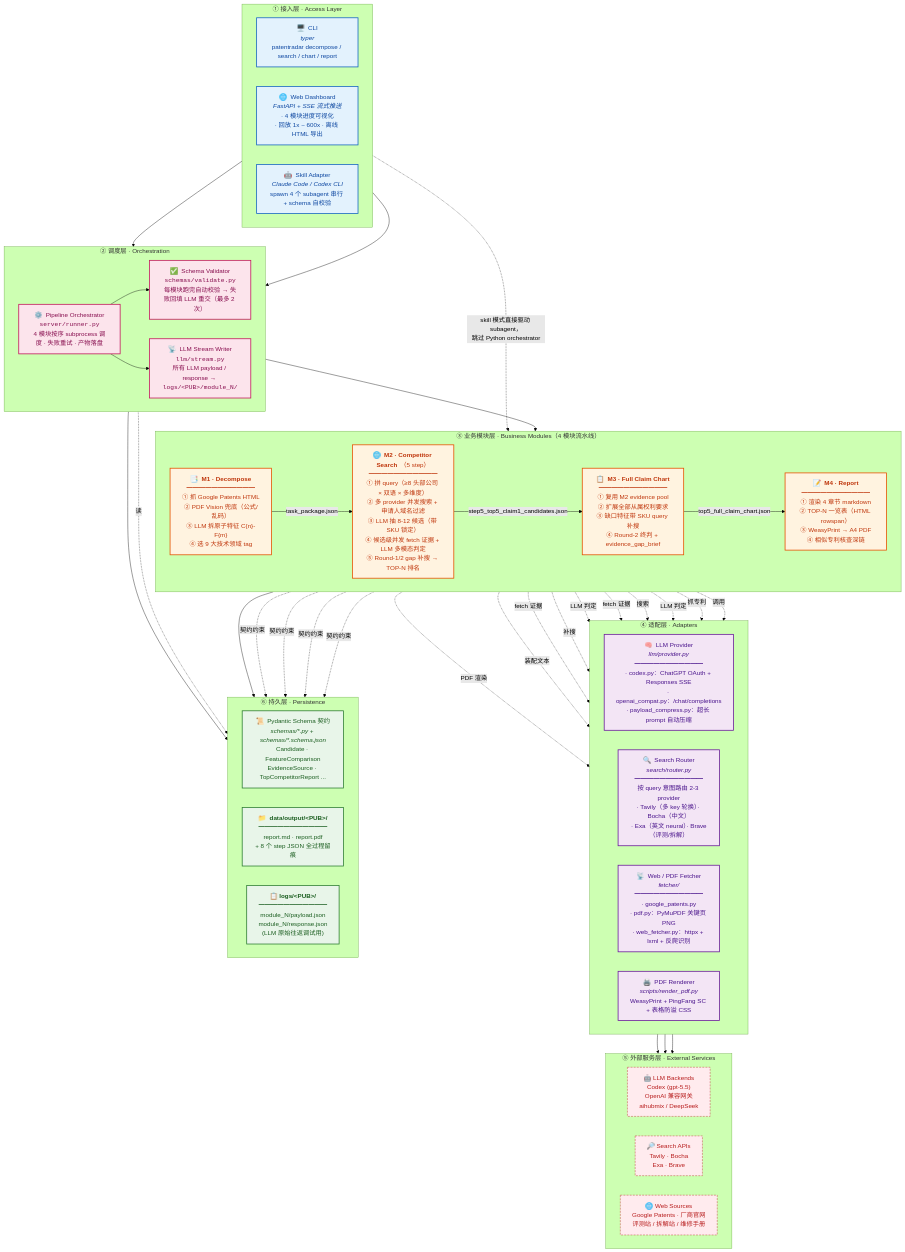
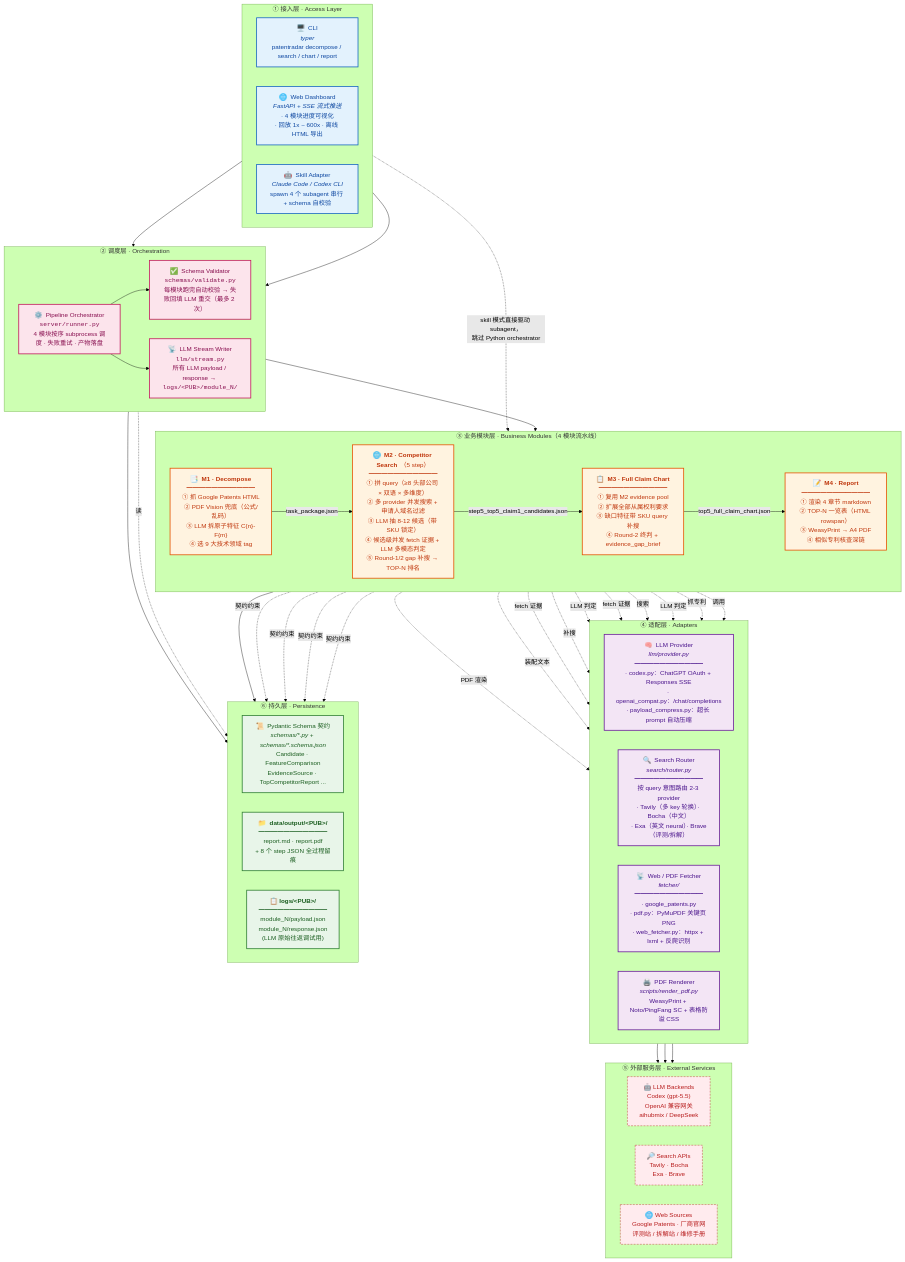
Before and after one commit to yuc16/PatentRadar: the first of 3 diagrams in README.md, drawn with Mermaid (forest theme). The commit also changed other lines of this file and 3 other files, not shown here.

First line of the commit message:
fix: PDF 字体回退链补 Noto Sans CJK SC,并覆盖第二条渲染路径与文档

```diff
--- a/README.md
+++ b/README.md
@@ -84,7 +84,7 @@
         LLMA["🧠  LLM Provider<br/><i>llm/provider.py</i><br/>━━━━━━━━━━━<br/>· codex.py：ChatGPT OAuth + Responses SSE<br/>· openai_compat.py：/chat/completions<br/>· payload_compress.py：超长 prompt 自动压缩"]
         SEARCH["🔍  Search Router<br/><i>search/router.py</i><br/>━━━━━━━━━━━<br/>按 query 意图路由 2-3 provider<br/>· Tavily（多 key 轮换）· Bocha（中文）<br/>· Exa（英文 neural）· Brave（评测/拆解）"]
         FETCH["📡  Web / PDF Fetcher<br/><i>fetcher/</i><br/>━━━━━━━━━━━<br/>· google_patents.py<br/>· pdf.py：PyMuPDF 关键页 PNG<br/>· web_fetcher.py：httpx + lxml + 反爬识别"]
-        REND["🖨️  PDF Renderer<br/><i>scripts/render_pdf.py</i><br/>WeasyPrint + PingFang SC + 表格防溢 CSS"]
+        REND["🖨️  PDF Renderer<br/><i>scripts/render_pdf.py</i><br/>WeasyPrint + Noto/PingFang SC + 表格防溢 CSS"]
     end
 
     subgraph L5["⑤  外部服务层 · External Services"]
```
